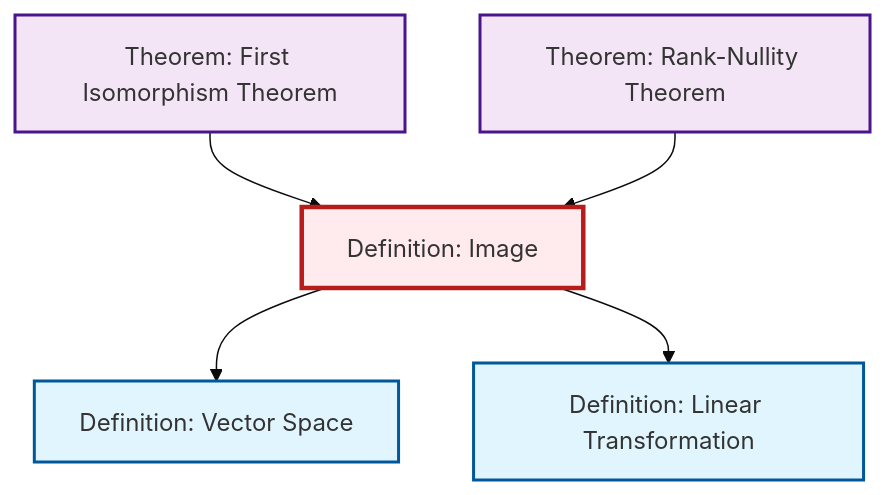
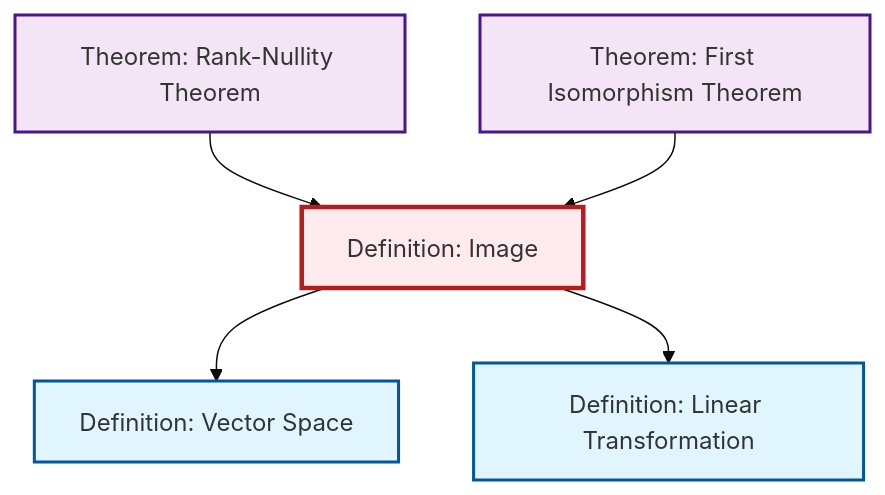
One commit to RK0429/ModernMath changed the diagram in content/en/algebra/def-image.qmd. Above: the diagram before and after it, drawn with Mermaid (base theme). The commit also changed other lines of this file and 531 other files, not shown here.

````diff
--- a/content/en/algebra/def-image.qmd
+++ b/content/en/algebra/def-image.qmd
@@ -51,23 +51,23 @@
 ```{mermaid}
 %%| fig-cap: "Local dependency graph"
 graph TD
     classDef definition fill:#e1f5fe,stroke:#01579b,stroke-width:2px
     classDef theorem fill:#f3e5f5,stroke:#4a148c,stroke-width:2px
     classDef axiom fill:#fff3e0,stroke:#e65100,stroke-width:2px
     classDef example fill:#e8f5e9,stroke:#1b5e20,stroke-width:2px
     classDef current fill:#ffebee,stroke:#b71c1c,stroke-width:3px
+    thm-rank-nullity["Theorem: Rank-Nullity Theorem"]:::theorem
+    def-image["Definition: Image"]:::definition
     thm-first-isomorphism["Theorem: First Isomorphism Theorem"]:::theorem
-    thm-rank-nullity["Theorem: Rank-Nullity Theorem"]:::theorem
+    def-linear-transformation["Definition: Linear Transformation"]:::definition
     def-vector-space["Definition: Vector Space"]:::definition
-    def-image["Definition: Image"]:::definition
-    def-linear-transformation["Definition: Linear Transformation"]:::definition
+    thm-rank-nullity --> def-image
     thm-first-isomorphism --> def-image
     def-image --> def-vector-space
     def-image --> def-linear-transformation
-    thm-rank-nullity --> def-image
     class def-image current
+    click thm-rank-nullity "thm-rank-nullity.html" "Go to Rank-Nullity Theorem theorem"
     click thm-first-isomorphism "thm-first-isomorphism.html" "Go to First Isomorphism Theorem theorem"
-    click thm-rank-nullity "thm-rank-nullity.html" "Go to Rank-Nullity Theorem theorem"
+    click def-linear-transformation "def-linear-transformation.html" "Go to Linear Transformation definition"
     click def-vector-space "def-vector-space.html" "Go to Vector Space definition"
-    click def-linear-transformation "def-linear-transformation.html" "Go to Linear Transformation definition"
 ```
````
